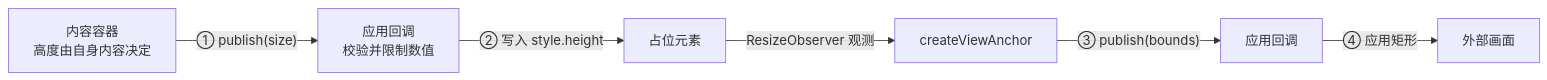
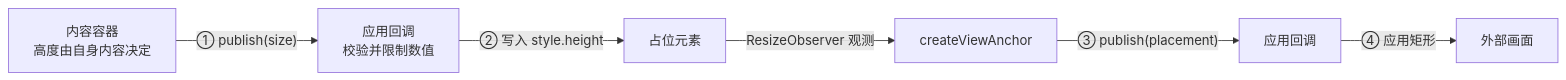
The diagram in docs/bidirectional-design.md (lbb00/view-anchor), drawn with Mermaid before and after one commit. The commit also changed other lines of this file and 40 other files, not shown here.

````diff
--- a/docs/bidirectional-design.md
+++ b/docs/bidirectional-design.md
@@ -83,8 +80,8 @@
 ```mermaid
 flowchart LR
   C["内容容器\n高度由自身内容决定"] -->|"① publish(size)"| H["应用回调\n校验并限制数值"]
   H -->|"② 写入 style.height"| DIV["占位元素"]
   DIV -->|"ResizeObserver 观测"| VA["createViewAnchor"]
-  VA -->|"③ publish(bounds)"| A["应用回调"]
+  VA -->|"③ publish(placement)"| A["应用回调"]
   A -->|"④ 应用矩形"| S["外部画面"]
 ```
````
